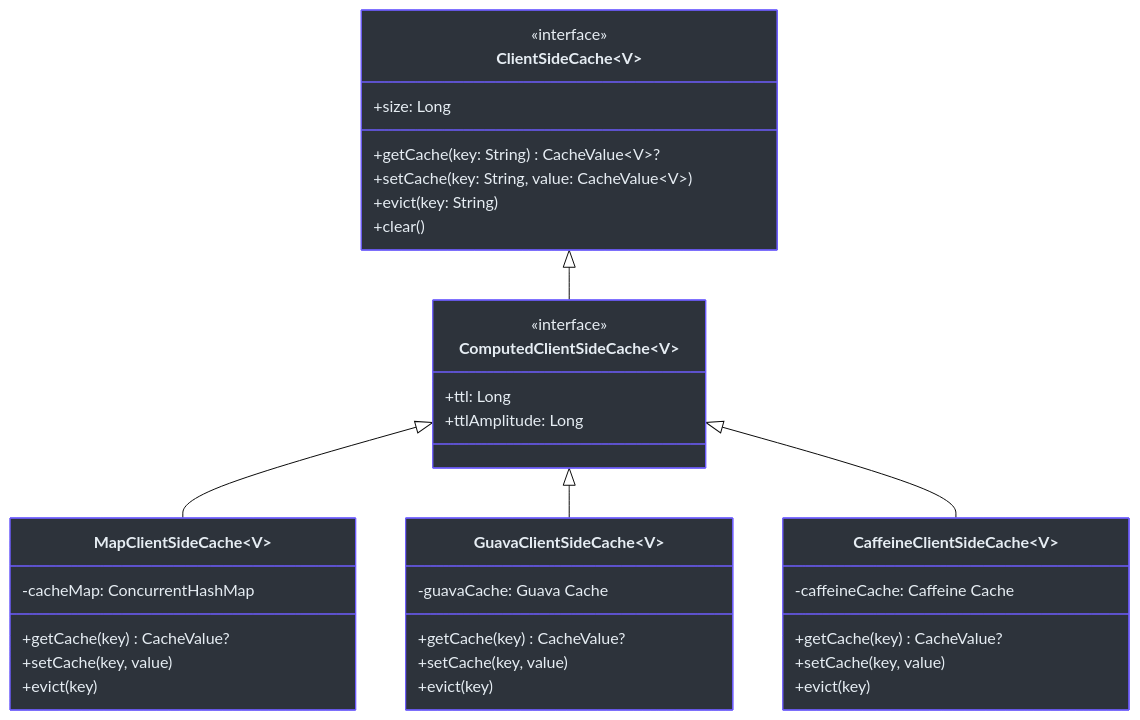
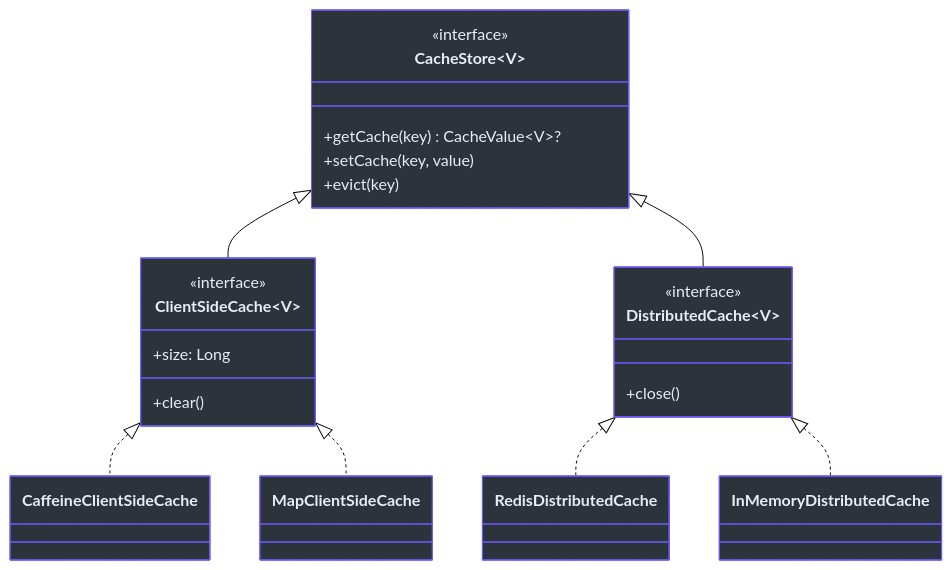
The second of 4 diagrams in wiki/architecture/cache-layers.md (Ahoo-Wang/CoCache), drawn with Mermaid (base theme) before and after one commit. The commit also changed other lines of this file and 256 other files, not shown here.

````diff
--- a/wiki/architecture/cache-layers.md
+++ b/wiki/architecture/cache-layers.md
@@ -79,49 +43,32 @@
 ```mermaid
 classDiagram
+    class CacheStore~V~ {
+        <<interface>>
+        +getCache(key) CacheValue~V~?
+        +setCache(key, value)
+        +evict(key)
+    }
     class ClientSideCache~V~ {
         <<interface>>
-        +getCache(key: String) CacheValue~V~?
-        +setCache(key: String, value: CacheValue~V~)
-        +evict(key: String)
         +size: Long
         +clear()
     }
+    class DistributedCache~V~ {
+        <<interface>>
+        +close()
+    }
+    CacheStore <|-- ClientSideCache
+    CacheStore <|-- DistributedCache
+    ClientSideCache <|.. CaffeineClientSideCache
+    ClientSideCache <|.. MapClientSideCache
+    DistributedCache <|.. RedisDistributedCache
+    DistributedCache <|.. InMemoryDistributedCache
 
-    class MapClientSideCache~V~ {
-        -cacheMap: ConcurrentHashMap
-        +getCache(key) CacheValue?
-        +setCache(key, value)
-        +evict(key)
-    }
-
-    class GuavaClientSideCache~V~ {
-        -guavaCache: Guava Cache
-        +getCache(key) CacheValue?
-        +setCache(key, value)
-        +evict(key)
-    }
-
-    class CaffeineClientSideCache~V~ {
-        -caffeineCache: Caffeine Cache
-        +getCache(key) CacheValue?
-        +setCache(key, value)
-        +evict(key)
-    }
-
-    class ComputedClientSideCache~V~ {
-        <<interface>>
-        +ttl: Long
-        +ttlAmplitude: Long
-    }
-
-    ClientSideCache <|-- ComputedClientSideCache
-    ComputedClientSideCache <|-- MapClientSideCache
-    ComputedClientSideCache <|-- GuavaClientSideCache
-    ComputedClientSideCache <|-- CaffeineClientSideCache
-
+    style CacheStore fill:#2d333b,stroke:#6d5dfc,color:#e6edf3
     style ClientSideCache fill:#2d333b,stroke:#6d5dfc,color:#e6edf3
-    style ComputedClientSideCache fill:#2d333b,stroke:#6d5dfc,color:#e6edf3
+    style DistributedCache fill:#2d333b,stroke:#6d5dfc,color:#e6edf3
+    style CaffeineClientSideCache fill:#2d333b,stroke:#6d5dfc,color:#e6edf3
     style MapClientSideCache fill:#2d333b,stroke:#6d5dfc,color:#e6edf3
-    style GuavaClientSideCache fill:#2d333b,stroke:#6d5dfc,color:#e6edf3
-    style CaffeineClientSideCache fill:#2d333b,stroke:#6d5dfc,color:#e6edf3
+    style RedisDistributedCache fill:#2d333b,stroke:#6d5dfc,color:#e6edf3
+    style InMemoryDistributedCache fill:#2d333b,stroke:#6d5dfc,color:#e6edf3
 ```
````
